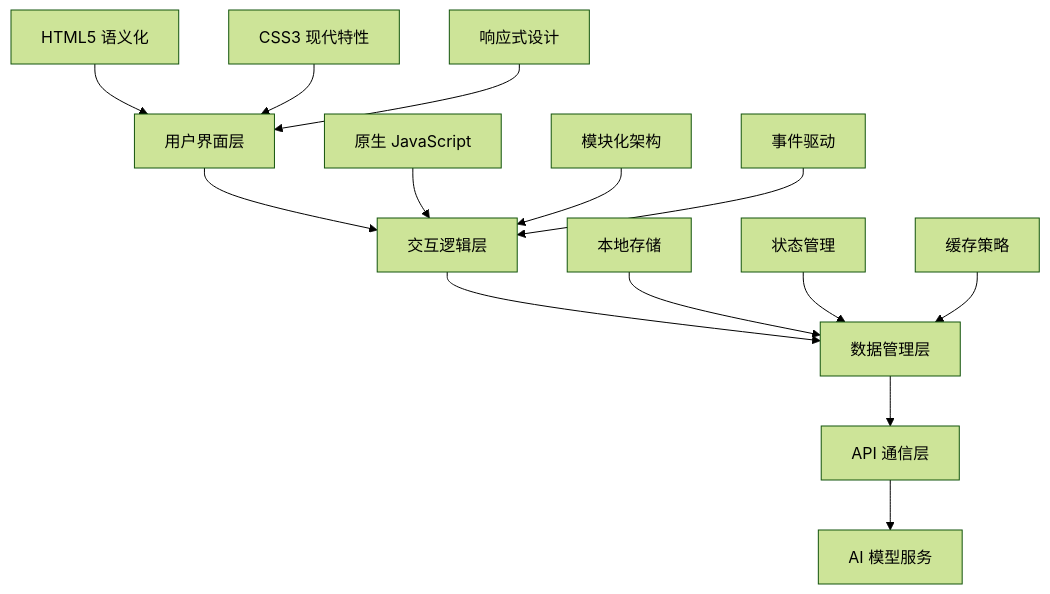
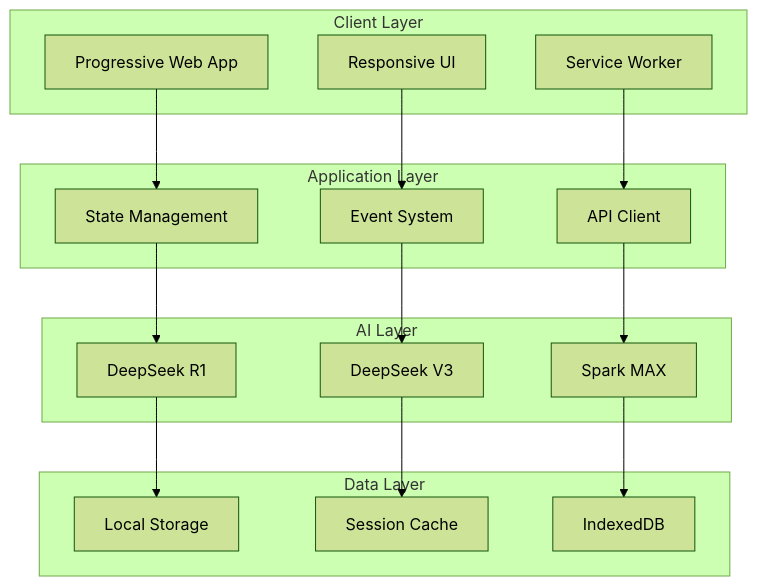
One commit to SMTVCCC/F2 changed the second of 2 diagrams in readme.md. Above: the diagram before and after it, drawn with Mermaid (forest theme). The commit also changed other lines of this file, not shown here.

````diff
--- a/readme.md
+++ b/readme.md
@@ -86,19 +115,36 @@
 ```mermaid
 graph TB
-    A[用户界面层] --> B[交互逻辑层]
-    B --> C[数据管理层]
-    C --> D[API 通信层]
-    D --> E[AI 模型服务]
+    subgraph "Client Layer"
+        A[Progressive Web App]
+        B[Responsive UI]
+        C[Service Worker]
+    end
     
-    A1[HTML5 语义化] --> A
-    A2[CSS3 现代特性] --> A
-    A3[响应式设计] --> A
+    subgraph "Application Layer"
+        D[State Management]
+        E[Event System]
+        F[API Client]
+    end
     
-    B1[原生 JavaScript] --> B
-    B2[模块化架构] --> B
-    B3[事件驱动] --> B
+    subgraph "AI Layer"
+        G[DeepSeek R1]
+        H[DeepSeek V3]
+        I[Spark MAX]
+    end
     
-    C1[本地存储] --> C
-    C2[状态管理] --> C
-    C3[缓存策略] --> C
+    subgraph "Data Layer"
+        J[Local Storage]
+        K[Session Cache]
+        L[IndexedDB]
+    end
+    
+    A --> D
+    B --> E
+    C --> F
+    D --> G
+    E --> H
+    F --> I
+    G --> J
+    H --> K
+    I --> L
 ```
````
